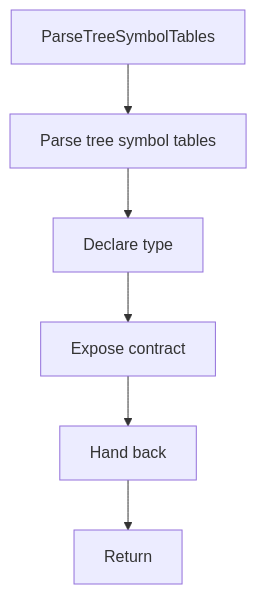
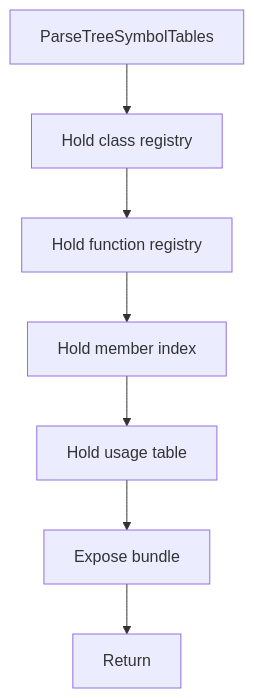
Before and after one commit to JohnAndrewBalbarosa/NeoTerritory: the diagram in docs/Codebase/Microservice/Modules/Header/Analysis/ImplementationUse/Binding/Symbols/Flow/functions/parsetreesymboltables.hpp.md, drawn with Mermaid. The commit also changed other lines of this file and 147 other files, not shown here.

````diff
--- a/docs/Codebase/Microservice/Modules/Header/Analysis/ImplementationUse/Binding/Symbols/Flow/functions/parsetreesymboltables.hpp.md
+++ b/docs/Codebase/Microservice/Modules/Header/Analysis/ImplementationUse/Binding/Symbols/Flow/functions/parsetreesymboltables.hpp.md
@@ -16,14 +25,16 @@
 ```mermaid
 flowchart TD
     Start["ParseTreeSymbolTables"]
-    N0["Parse tree symbol tables"]
-    N1["Declare type"]
-    N2["Expose contract"]
-    N3["Hand back"]
+    N0["Hold class registry"]
+    N1["Hold function registry"]
+    N2["Hold member index"]
+    N3["Hold usage table"]
+    N4["Expose bundle"]
     End["Return"]
     Start --> N0
     N0 --> N1
     N1 --> N2
     N2 --> N3
-    N3 --> End
+    N3 --> N4
+    N4 --> End
 ```
````
